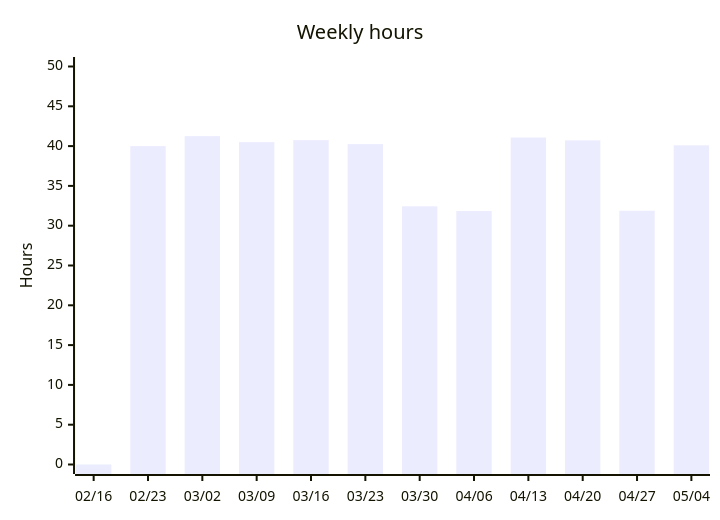
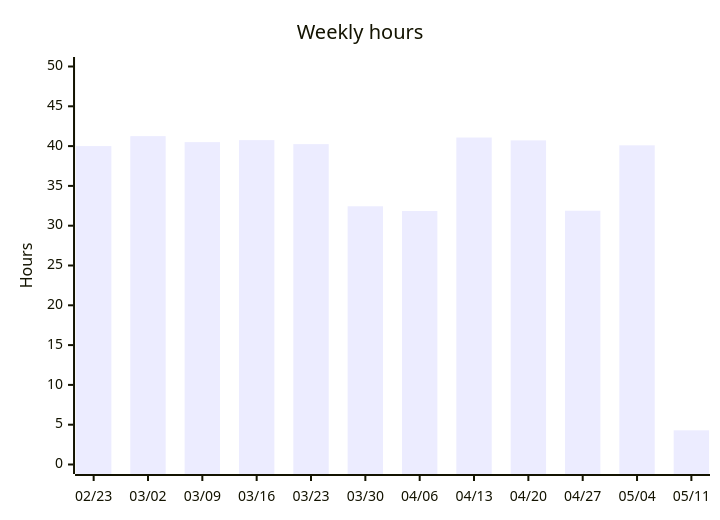
Before and after one commit to albinforsberg-netizen/timeclock: the third of 5 diagrams in README.org, drawn with Mermaid. The commit also changed other lines of this file, not shown here.

```diff
--- a/README.org
+++ b/README.org
@@ -102,7 +101,7 @@
 #+begin_src mermaid
 xychart-beta
     title "Weekly hours"
-    x-axis ["02/16", "02/23", "03/02", "03/09", "03/16", "03/23", "03/30", "04/06", "04/13", "04/20", "04/27", "05/04"]
+    x-axis ["02/23", "03/02", "03/09", "03/16", "03/23", "03/30", "04/06", "04/13", "04/20", "04/27", "05/04", "05/11"]
     y-axis "Hours" 0 --> 50
-    bar [0.00, 40.00, 41.25, 40.50, 40.75, 40.25, 32.44, 31.85, 41.08, 40.72, 31.88, 40.10]
+    bar [40.00, 41.25, 40.50, 40.75, 40.25, 32.44, 31.85, 41.08, 40.72, 31.88, 40.10, 4.29]
 #+end_src
```
